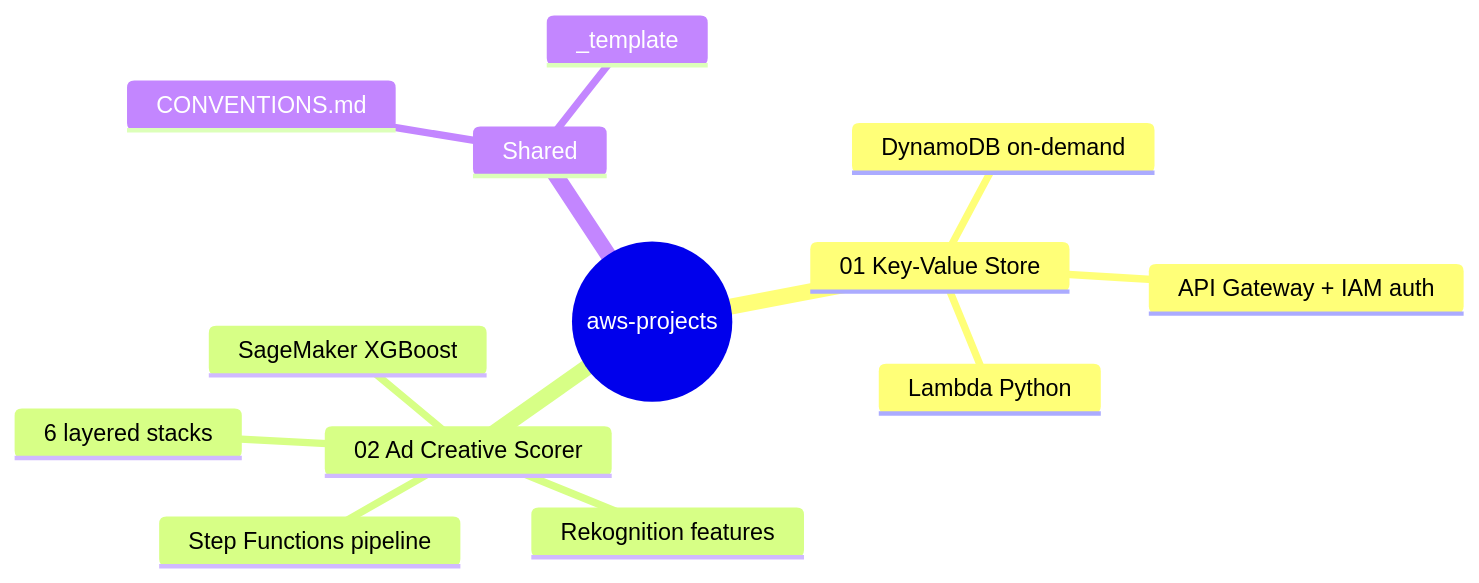
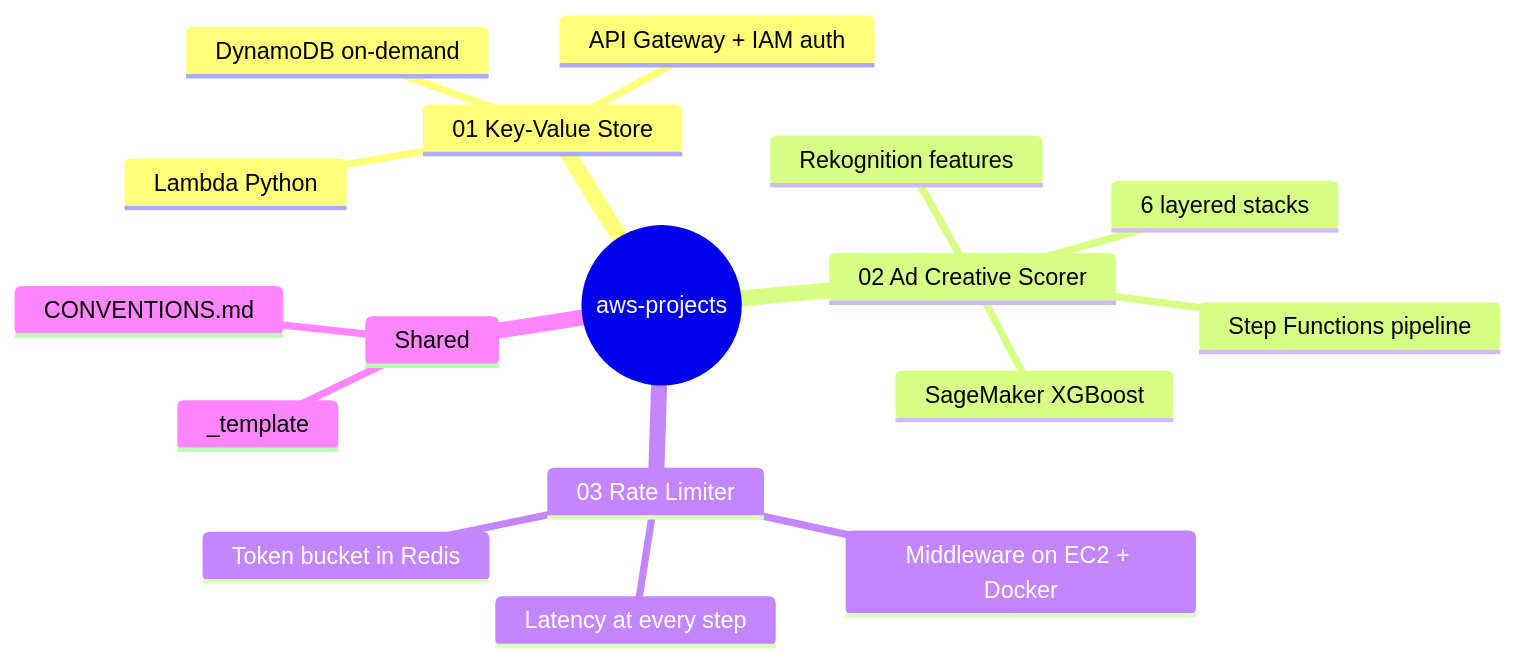
The first of 3 diagrams in README.md (TareDevarsh/AWS-cloudformation-projects), drawn with Mermaid before and after one commit. The commit also changed other lines of this file and 31 other files, not shown here.

Commit message:
Add 02-ad-creative-scorer (ported + fixed), 03-rate-limiter scaffold, gitignore hardening

````diff
--- a/README.md
+++ b/README.md
@@ -43,16 +47,20 @@
 ```mermaid
 mindmap
   root((aws-projects))
     01 Key-Value Store
       API Gateway + IAM auth
       Lambda Python
       DynamoDB on-demand
     02 Ad Creative Scorer
       Step Functions pipeline
       Rekognition features
       SageMaker XGBoost
       6 layered stacks
+    03 Rate Limiter
+      Middleware on EC2 + Docker
+      Token bucket in Redis
+      Latency at every step
     Shared
       CONVENTIONS.md
       _template
 ```
````
